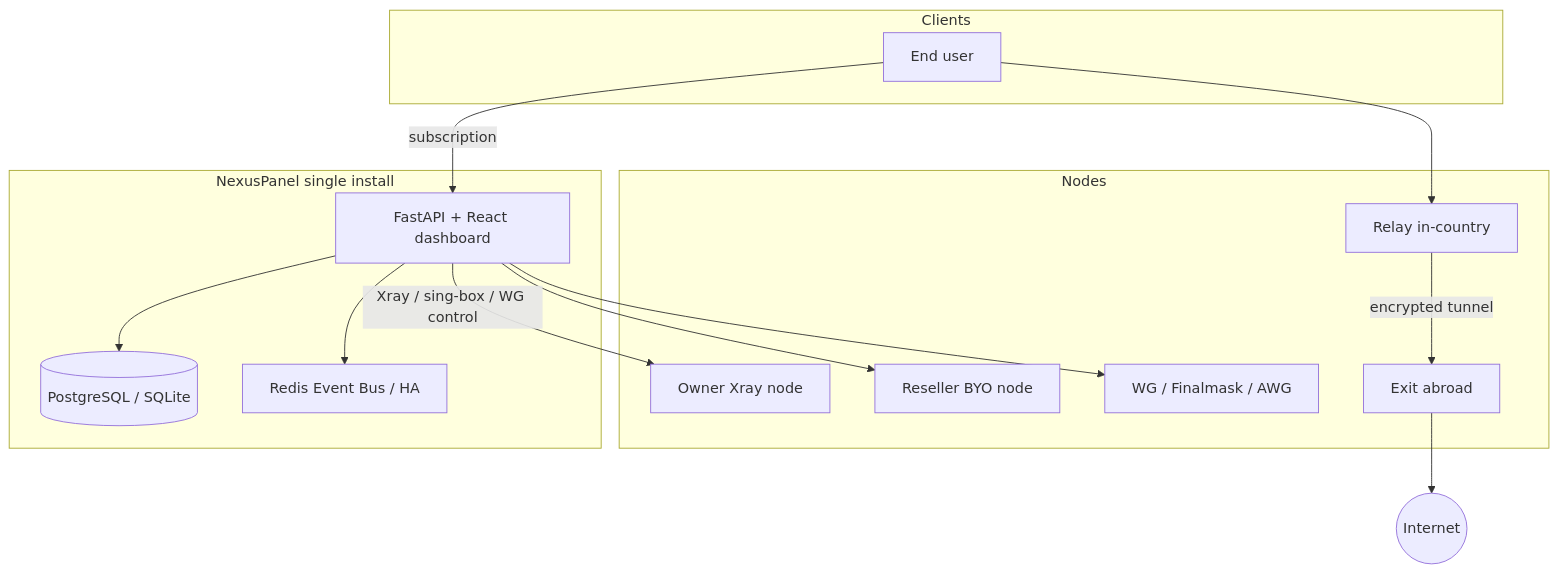
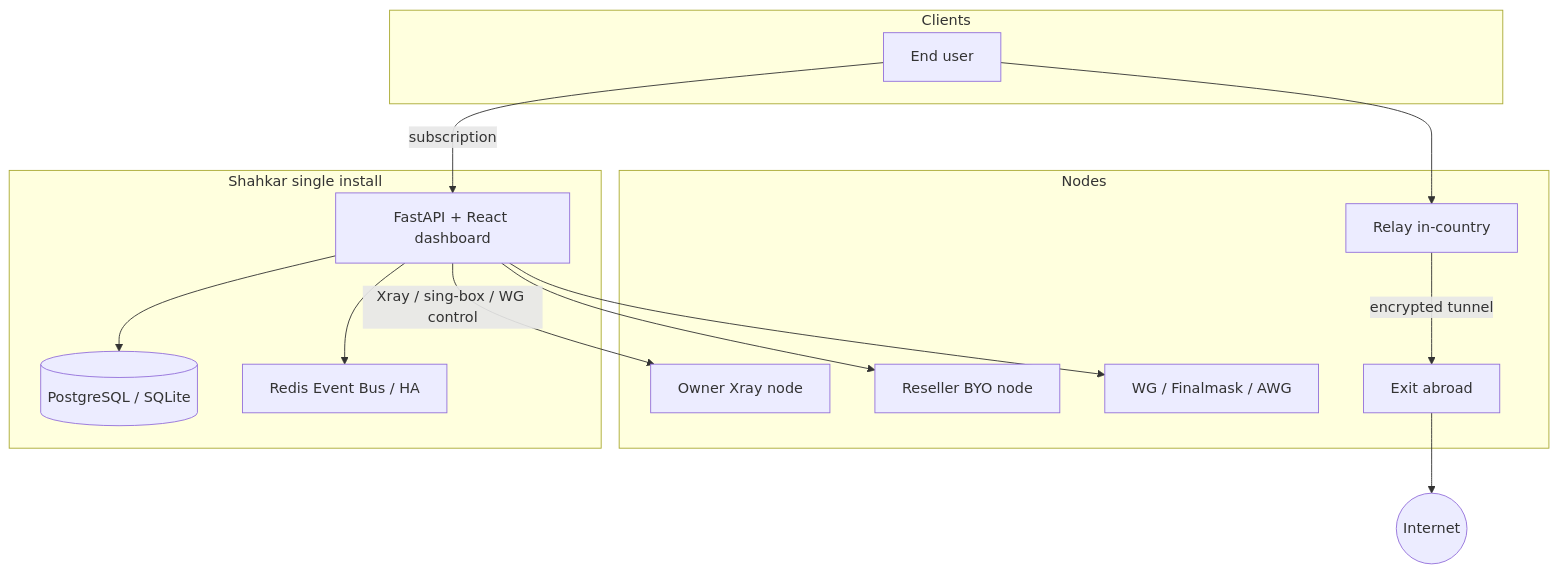
Before and after one commit to KhaJehAmiri/Shahkarpanel: the diagram in README.md, drawn with Mermaid. The commit also changed other lines of this file and 436 other files, not shown here.

First line of the commit message:
Rebrand fully from NexusPanel to Shahkar.

````diff
--- a/README.md
+++ b/README.md
@@ -92,30 +92,30 @@
 ```mermaid
 flowchart TB
   subgraph clients [Clients]
     U[End user]
   end
 
-  subgraph panel [NexusPanel single install]
+  subgraph panel [Shahkar single install]
     API[FastAPI + React dashboard]
     DB[(PostgreSQL / SQLite)]
     R[Redis Event Bus / HA]
     API --> DB
     API --> R
   end
 
   subgraph nodes [Nodes]
     N1[Owner Xray node]
     N2[Reseller BYO node]
     NR[Relay in-country]
     NE[Exit abroad]
     WG[WG / Finalmask / AWG]
   end
 
   U -->|subscription| API
   API -->|Xray / sing-box / WG control| N1
   API --> N2
   API --> WG
   U --> NR
   NR -->|encrypted tunnel| NE
   NE --> Internet((Internet))
 ```
````
